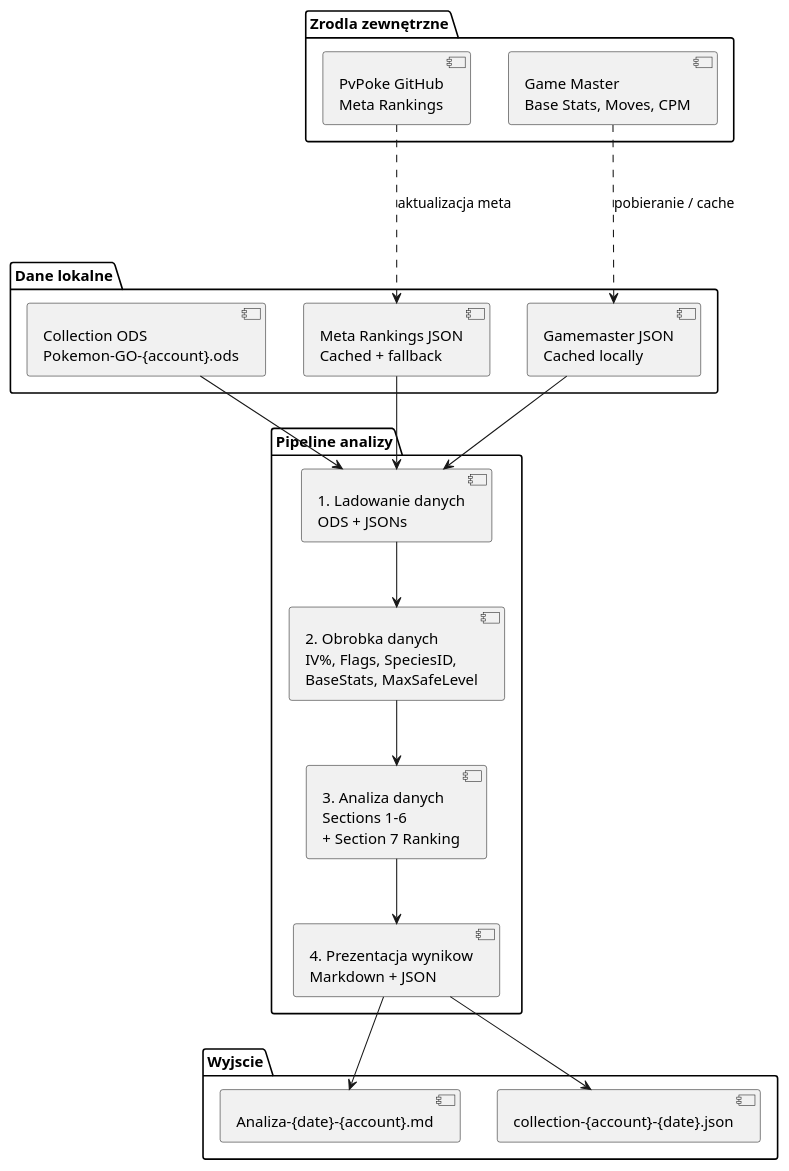
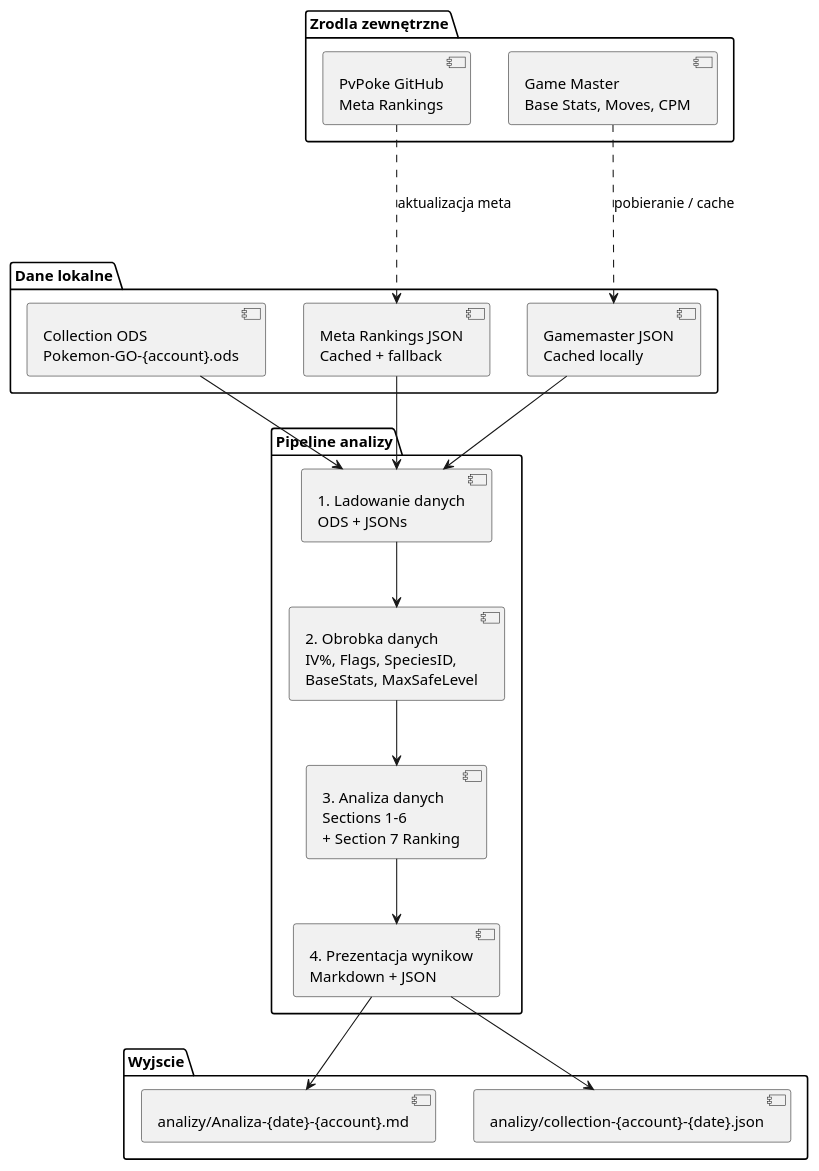
One commit to Adzikus/pokemon-go-analizer changed the first of 11 diagrams in docs/05-analiza.md. Above: the diagram before and after it, drawn with PlantUML. The commit also changed other lines of this file and 6 other files, not shown here.

````diff
--- a/docs/05-analiza.md
+++ b/docs/05-analiza.md
@@ -65,40 +65,40 @@
 ```plantuml
 @startuml
 
 package "Zrodla zewnętrzne" {
     [PvPoke GitHub\nMeta Rankings] as PvPokeRankings
     [Game Master\nBase Stats, Moves, CPM] as GamemasterSource
 }
 
 package "Dane lokalne" {
     [Collection ODS\nPokemon-GO-{account}.ods] as CollectionODS
     [Gamemaster JSON\nCached locally] as GamemasterJSON
     [Meta Rankings JSON\nCached + fallback] as MetaRankingsJSON
 }
 
 package "Pipeline analizy" {
     [1. Ladowanie danych\nODS + JSONs] as Load
     [2. Obrobka danych\nIV%, Flags, SpeciesID,\nBaseStats, MaxSafeLevel] as Enrich
     [3. Analiza danych\nSections 1-6\n+ Section 7 Ranking] as Sections
     [4. Prezentacja wynikow\nMarkdown + JSON] as Render
 }
 
 package "Wyjscie" {
-    [Analiza-{date}-{account}.md] as ReportMD
-    [collection-{account}-{date}.json] as CollectionJSON
+    [analizy/Analiza-{date}-{account}.md] as ReportMD
+    [analizy/collection-{account}-{date}.json] as CollectionJSON
 }
 
 PvPokeRankings -.-> MetaRankingsJSON : aktualizacja meta
 GamemasterSource -.-> GamemasterJSON : pobieranie / cache
 
 CollectionODS --> Load
 GamemasterJSON --> Load
 MetaRankingsJSON --> Load
 Load --> Enrich
 Enrich --> Sections
 Sections --> Render
 Render --> ReportMD
 Render --> CollectionJSON
 
 @enduml
 ```
````
